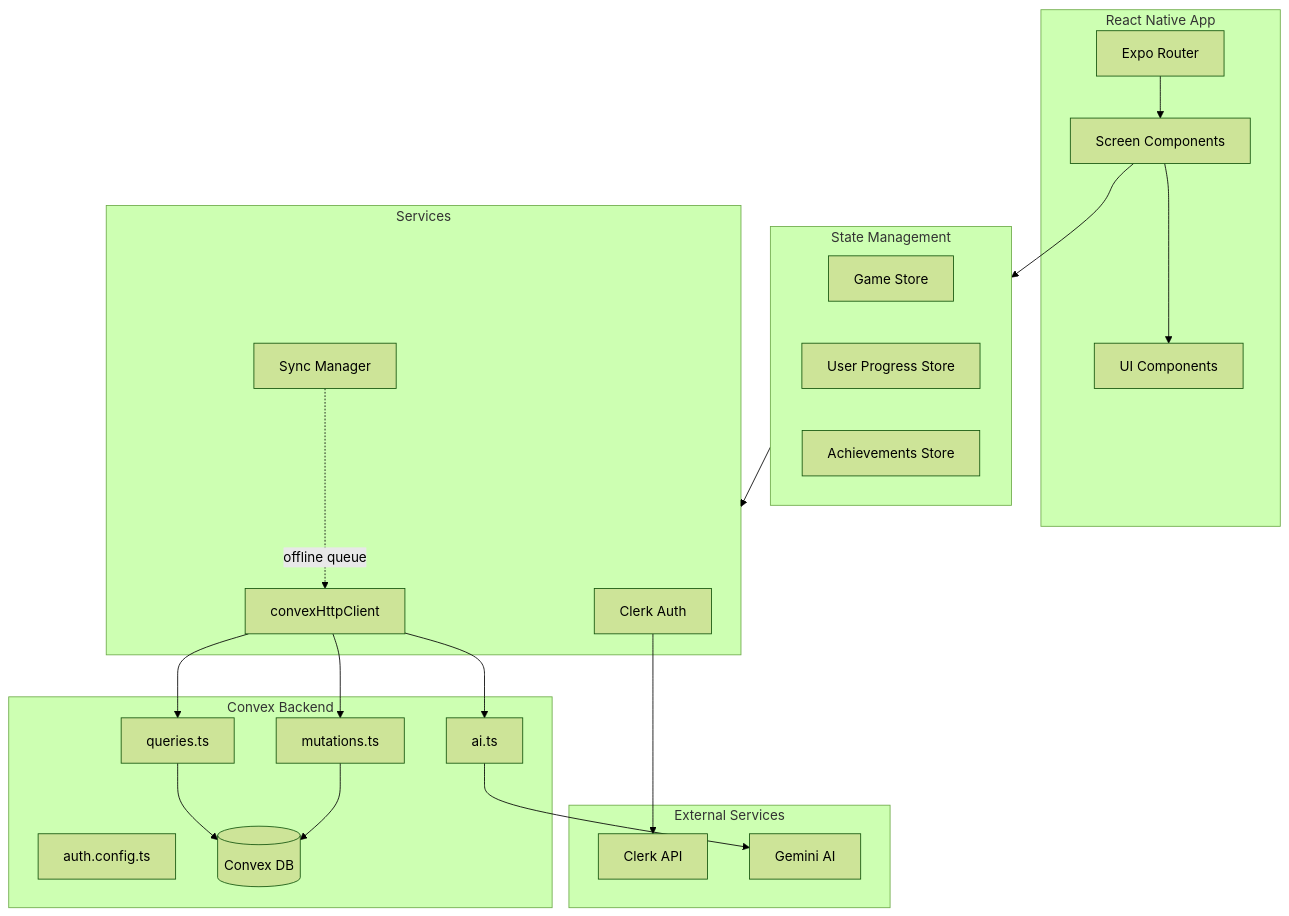
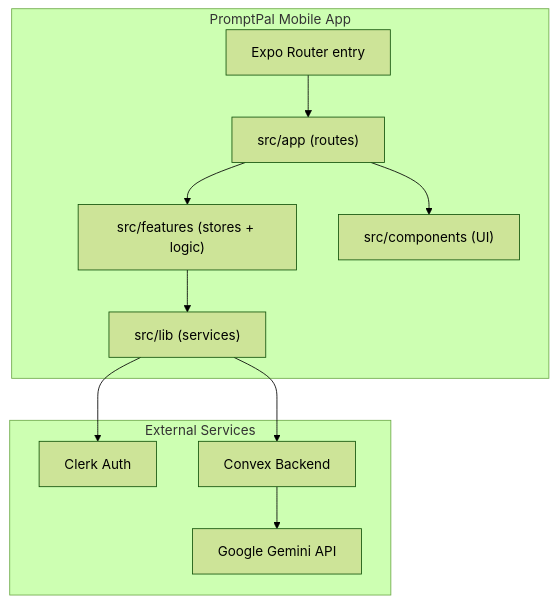
Before and after one commit to mwijanarko1/Prompt-Pal-App: the diagram in docs/CODEBASE_MAP.md, drawn with Mermaid (forest theme). The commit also changed other lines of this file and 64 other files, not shown here.

Commit message:
Merge mikhail-changes: auth, Convex, library, docs, and UI updates

````diff
--- a/docs/CODEBASE_MAP.md
+++ b/docs/CODEBASE_MAP.md
@@ -22,46 +15,24 @@
 ```mermaid
 graph TB
-    subgraph Client["React Native App"]
-        Router[Expo Router]
-        UI[UI Components]
-        Screens[Screen Components]
+    subgraph Client[PromptPal Mobile App]
+        Entry["Expo Router entry"]
+        Routes["src/app (routes)"]
+        Features["src/features (stores + logic)"]
+        UI["src/components (UI)"]
+        Lib["src/lib (services)"]
     end
 
-    subgraph State["State Management"]
-        GameStore[Game Store]
-        UserStore[User Progress Store]
-        AchievementsStore[Achievements Store]
+    subgraph Services[External Services]
+        Clerk[Clerk Auth]
+        Convex[Convex Backend]
+        Gemini[Google Gemini API]
     end
 
-    subgraph Services["Services"]
-        Auth[Clerk Auth]
-        Sync[Sync Manager]
-        Convex[convexHttpClient]
-    end
-
-    subgraph Backend["Convex Backend"]
-        Queries[queries.ts]
-        Mutations[mutations.ts]
-        AI[ai.ts]
-        AuthConfig[auth.config.ts]
-        Storage[(Convex DB)]
-    end
-
-    subgraph External["External Services"]
-        ClerkAPI[Clerk API]
-        Gemini[Gemini AI]
-    end
-
-    Router --> Screens
-    Screens --> UI
-    Screens --> State
-    State --> Services
-    Auth --> ClerkAPI
-    Convex --> Queries
-    Convex --> Mutations
-    Convex --> AI
-    AI --> Gemini
-    Queries --> Storage
-    Mutations --> Storage
-    Sync -.->|offline queue| Convex
+    Entry --> Routes
+    Routes --> UI
+    Routes --> Features
+    Features --> Lib
+    Lib --> Clerk
+    Lib --> Convex
+    Convex --> Gemini
 ```
````
